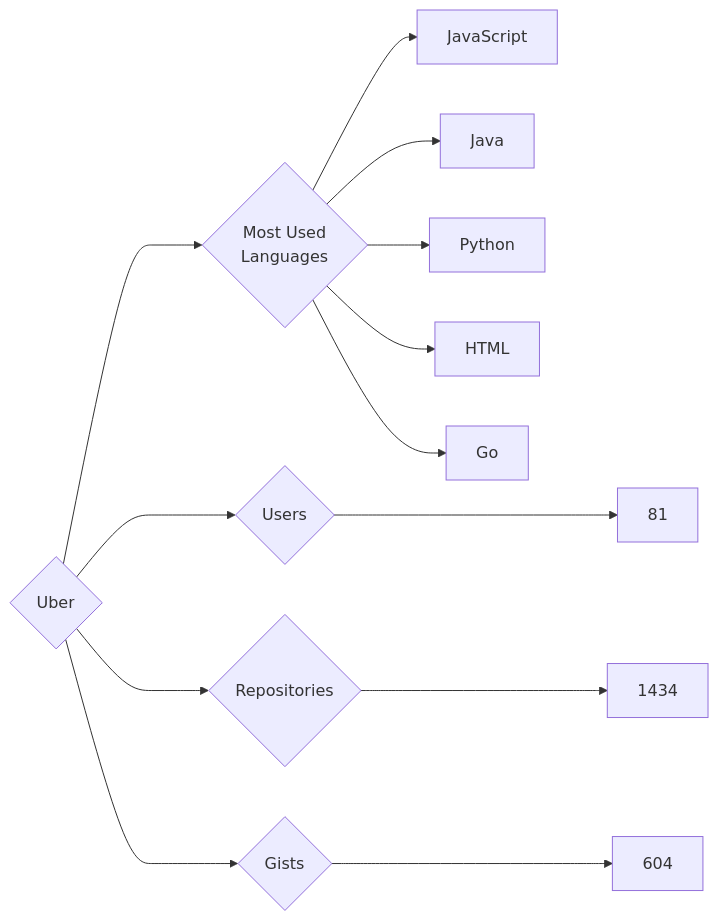
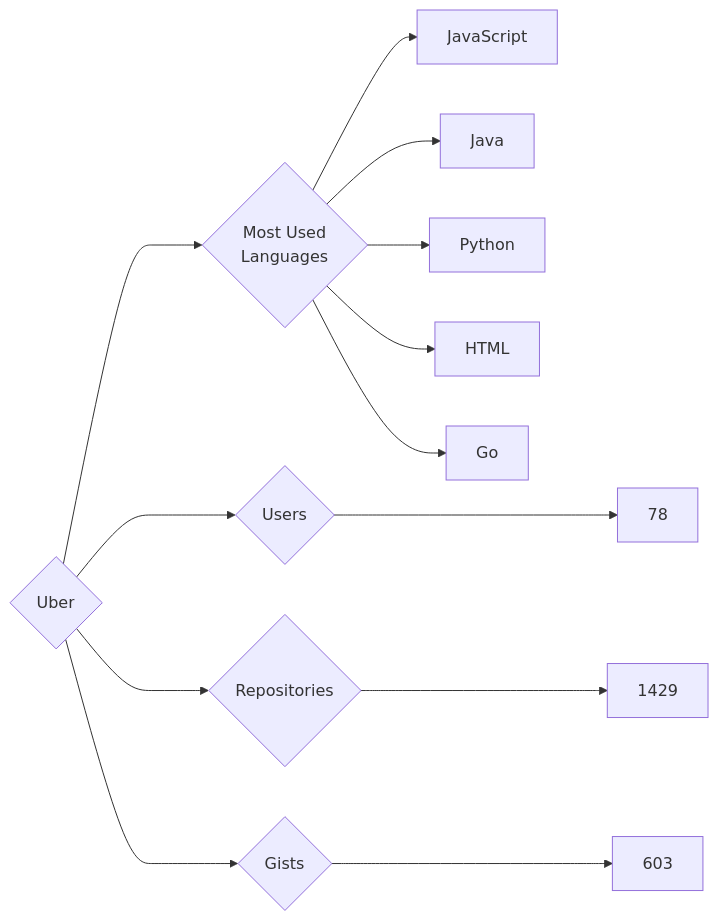
The diagram in targets/Uber/README.md (trickest/insiders), drawn with Mermaid before and after one commit. The commit also changed 1479 other files, not shown here.

````diff
--- a/targets/Uber/README.md
+++ b/targets/Uber/README.md
@@ -3,13 +3,13 @@
 ```mermaid
 graph LR
 COMPANY_NAME{Uber}
-COMPANY_NAME ---> U{Users} ---> UN[81]
-COMPANY_NAME ---> R{Repositories} ---> RN[1434]
-COMPANY_NAME ---> G{Gists} ---> GN[604]
+COMPANY_NAME ---> U{Users} ---> UN[78]
+COMPANY_NAME ---> R{Repositories} ---> RN[1429]
+COMPANY_NAME ---> G{Gists} ---> GN[603]
 COMPANY_NAME ---> ML{Most Used<br>Languages}
 ML --> JavaScript[JavaScript]
 ML --> Java[Java]
 ML --> Python[Python]
 ML --> HTML[HTML]
 ML --> Go[Go]
 ```
````
